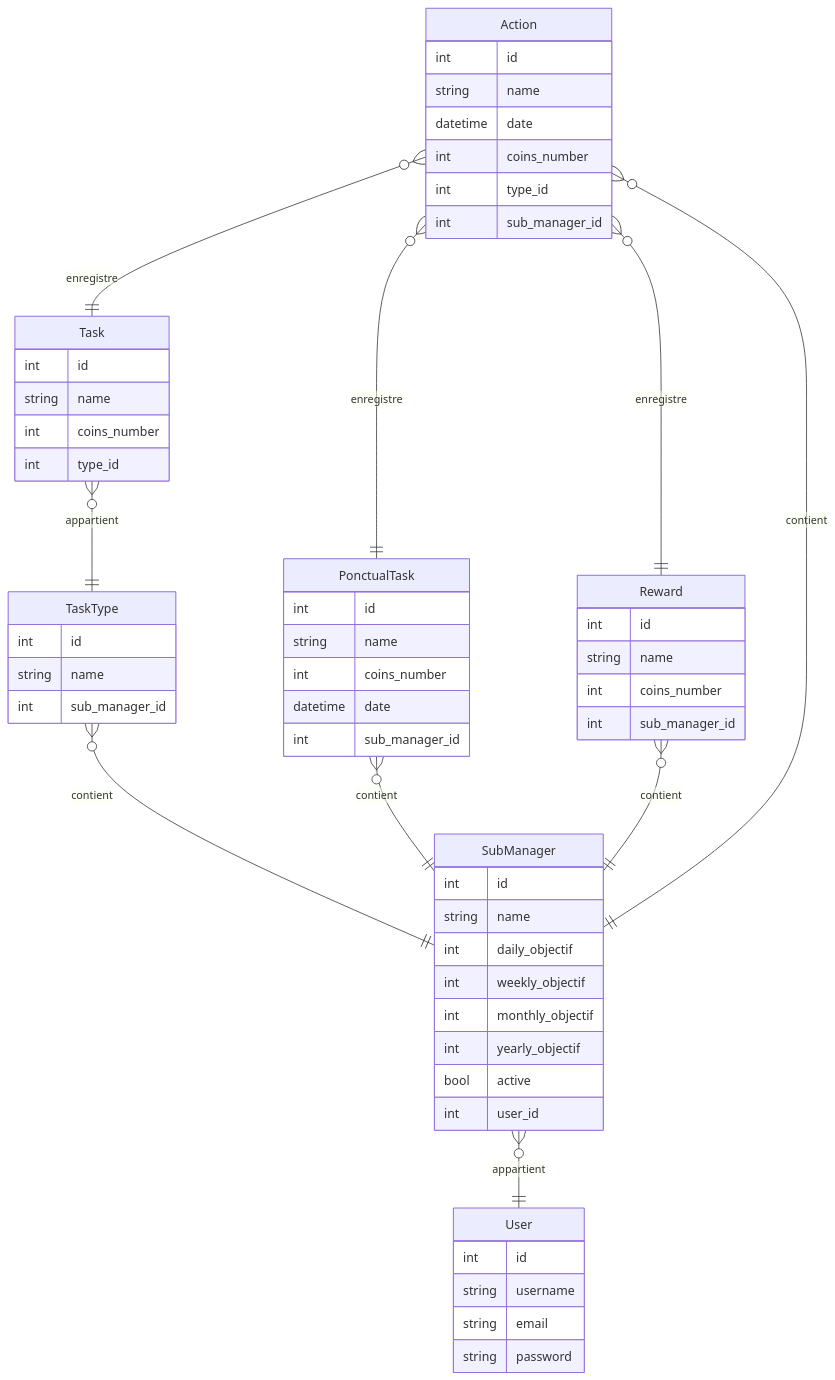
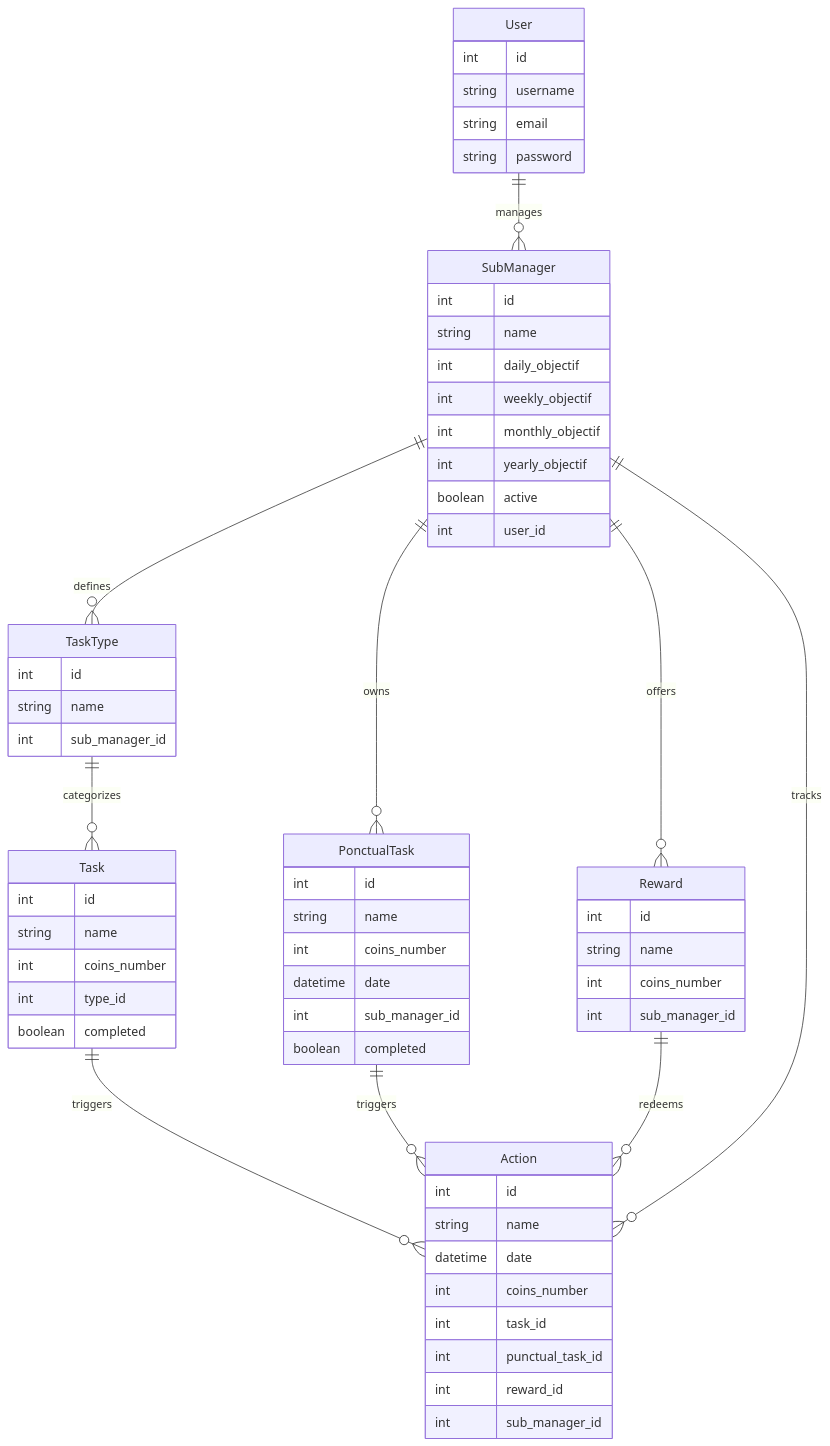
The second of 6 diagrams in readme.md (MelodyDuplaix/tasks_manager_django), drawn with Mermaid before and after one commit. The commit also changed other lines of this file, not shown here.

````diff
--- a/readme.md
+++ b/readme.md
@@ -73,66 +97,65 @@
 ```mermaid
 erDiagram
     User {
         int id
         string username
         string email
         string password
     }
-
     SubManager {
         int id
         string name
         int daily_objectif
         int weekly_objectif
         int monthly_objectif
         int yearly_objectif
-        bool active
+        boolean active
         int user_id
     }
-    SubManager }o--|| User : "appartient"
-
     TaskType {
         int id
         string name
         int sub_manager_id
     }
-    TaskType }o--|| SubManager : "contient"
-
     Task {
         int id
         string name
         int coins_number
         int type_id
+        boolean completed
     }
-    Task }o--|| TaskType : "appartient"
-
     PonctualTask {
         int id
         string name
         int coins_number
         datetime date
         int sub_manager_id
+        boolean completed
     }
-    PonctualTask }o--|| SubManager : "contient"
-
     Reward {
         int id
         string name
         int coins_number
         int sub_manager_id
     }
-    Reward }o--|| SubManager : "contient"
-
     Action {
         int id
         string name
         datetime date
         int coins_number
-        int type_id
+        int task_id
+        int punctual_task_id
+        int reward_id
         int sub_manager_id
     }
-    Action }o--|| Task : "enregistre"
-    Action }o--|| PonctualTask: "enregistre"
-    Action }o--|| Reward: "enregistre"
-    Action }o--|| SubManager : "contient"
+
+    User ||--o{ SubManager : "manages"
+    SubManager ||--o{ TaskType : "defines"
+    TaskType ||--o{ Task : "categorizes"
+    SubManager ||--o{ PonctualTask : "owns"
+    SubManager ||--o{ Reward : "offers"
+    Task ||--o{ Action : "triggers"
+    PonctualTask ||--o{ Action : "triggers"
+    Reward ||--o{ Action : "redeems"
+    SubManager ||--o{ Action : "tracks"
 ```
````
